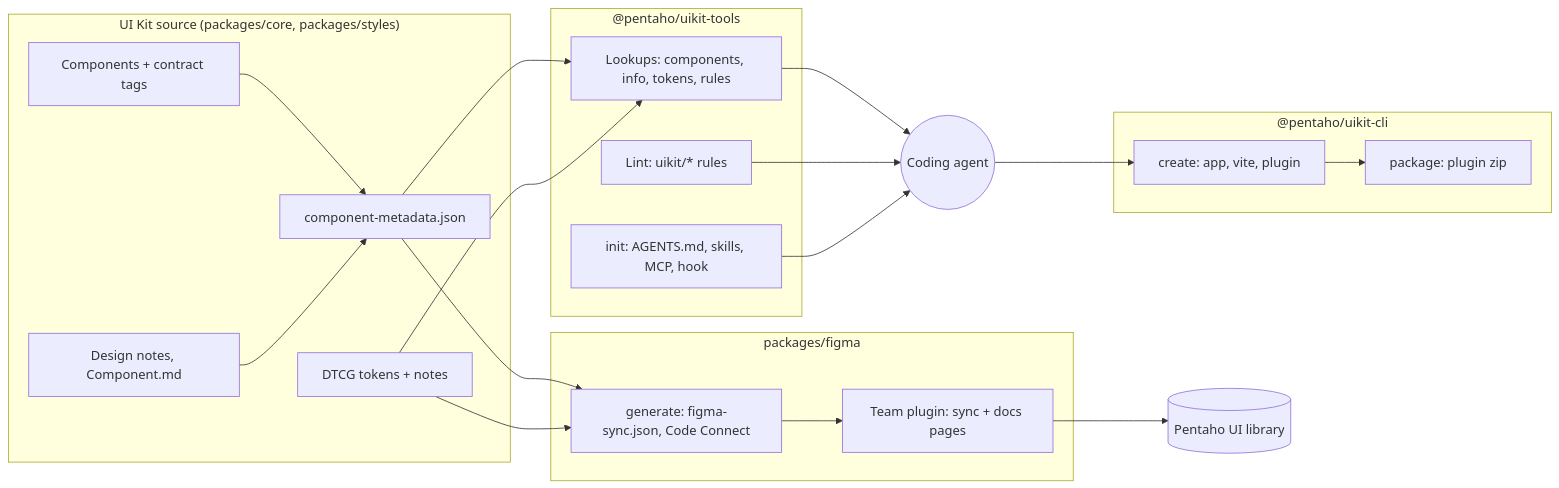
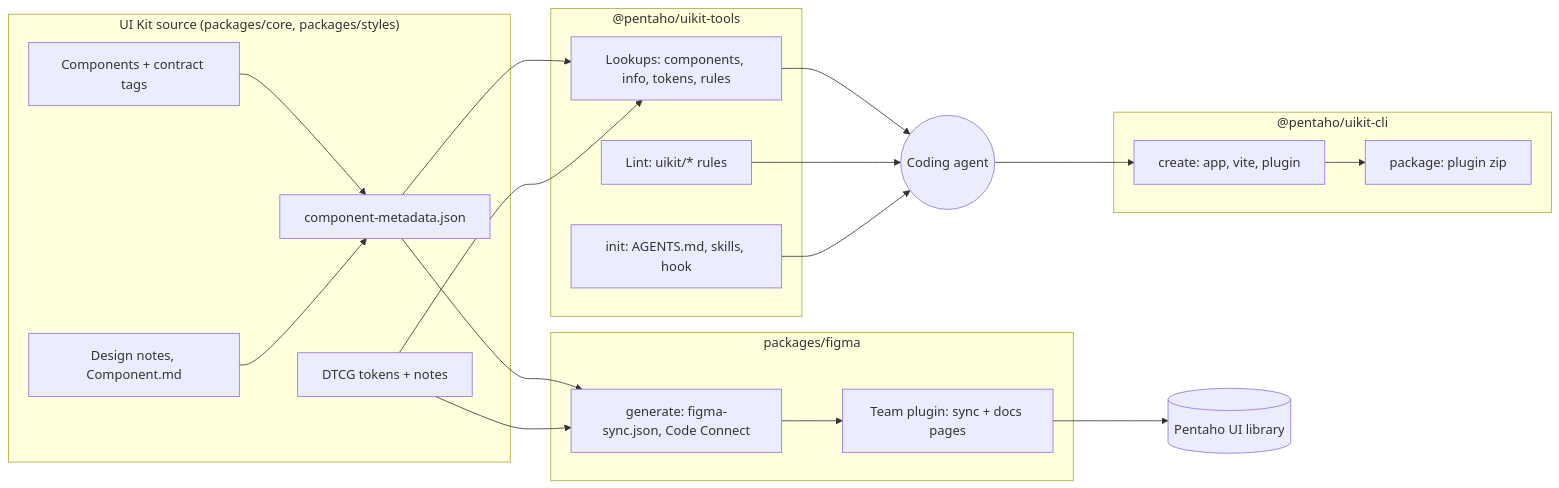
The first of 2 diagrams in docs/agent-tooling.md (pentaho/hv-uikit-react), drawn with Mermaid before and after one commit. The commit also changed other lines of this file and 10 other files, not shown here.

````diff
--- a/docs/agent-tooling.md
+++ b/docs/agent-tooling.md
@@ -22,30 +23,30 @@
 ```mermaid
 flowchart LR
   subgraph Source["UI Kit source (packages/core, packages/styles)"]
     C[Components + contract tags] --> M[component-metadata.json]
     N[Design notes, Component.md] --> M
     T[DTCG tokens + notes]
   end
   subgraph Access["@pentaho/uikit-tools"]
     L[Lookups: components, info, tokens, rules]
     R[Lint: uikit/* rules]
-    I[init: AGENTS.md, skills, MCP, hook]
+    I[init: AGENTS.md, skills, hook]
   end
   subgraph Build["@pentaho/uikit-cli"]
     CR[create: app, vite, plugin]
     PK[package: plugin zip]
   end
   subgraph Figma["packages/figma"]
     G[generate: figma-sync.json, Code Connect]
     P[Team plugin: sync + docs pages]
   end
   M --> L
   T --> L
   M --> G
   T --> G
   L --> Agent((Coding agent))
   R --> Agent
   I --> Agent
   Agent --> CR --> PK
   G --> P --> Lib[(Pentaho UI library)]
 ```
````
